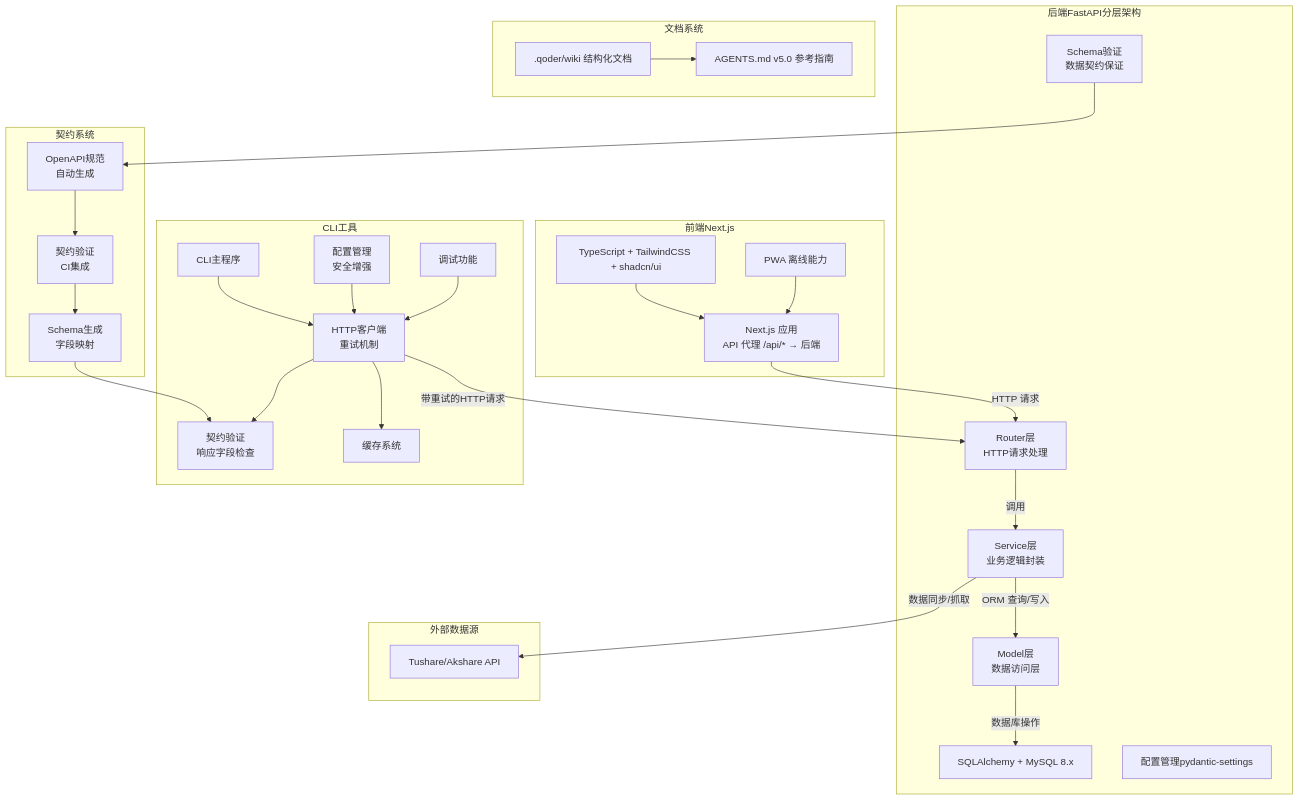
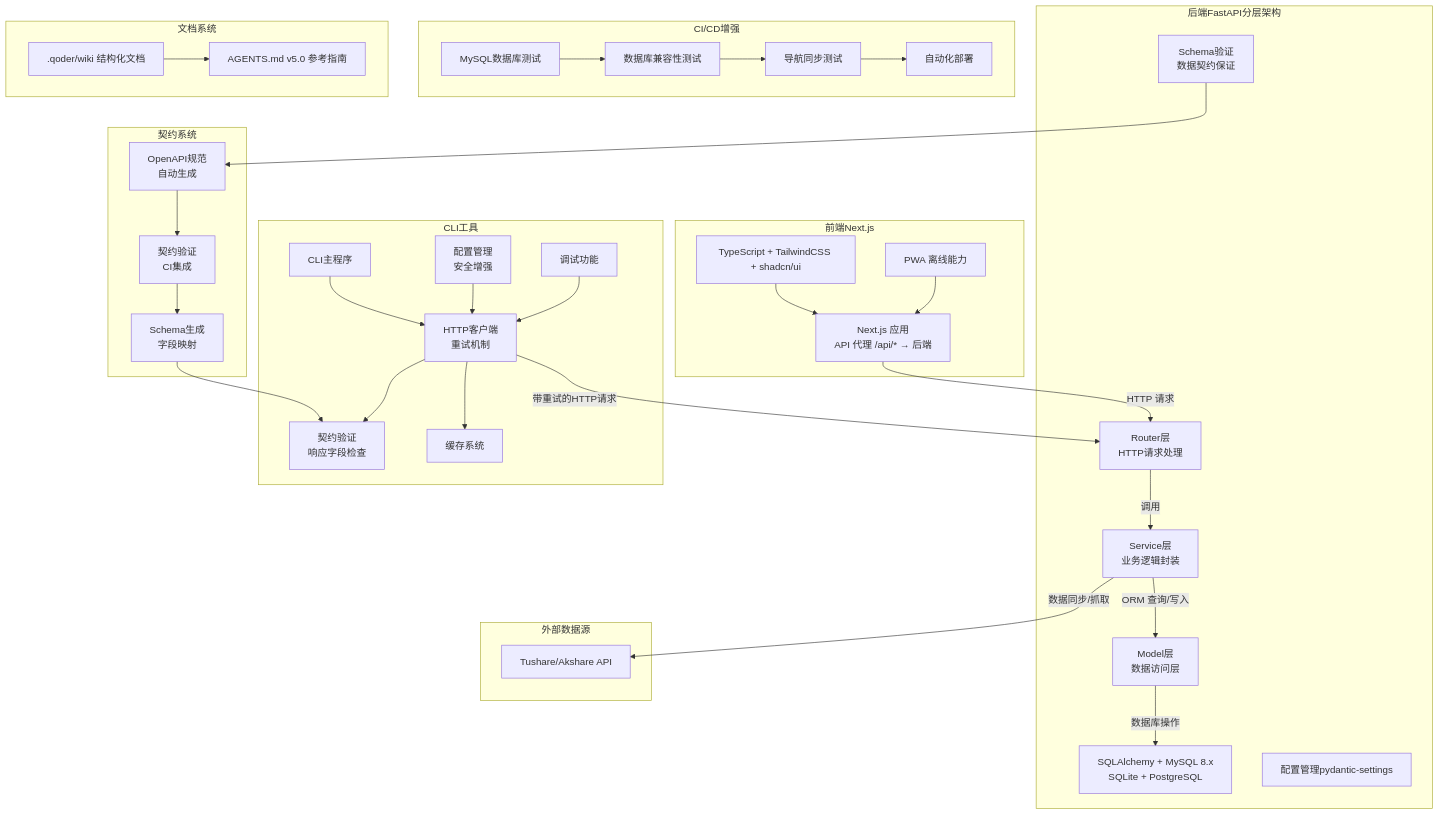
Before and after one commit to gujialind/InvestRing: the first of 11 diagrams in .qoder/repowiki/zh/content/开发指南/开发指南.md, drawn with Mermaid. The commit also changed other lines of this file and 59 other files, not shown here.

````diff
--- a/.qoder/repowiki/zh/content/开发指南/开发指南.md
+++ b/.qoder/repowiki/zh/content/开发指南/开发指南.md
@@ -59,54 +59,63 @@
 ```mermaid
 graph TB
 subgraph "前端Next.js"
 FE_Next["Next.js 应用<br/>API 代理 /api/* → 后端"]
 FE_TS["TypeScript + TailwindCSS + shadcn/ui"]
 FE_PWA["PWA 离线能力"]
 end
 subgraph "后端FastAPI分层架构"
 BE_ROUTER["Router层<br/>HTTP请求处理"]
 BE_SERVICE["Service层<br/>业务逻辑封装"]
 BE_MODEL["Model层<br/>数据访问层"]
-BE_DB["SQLAlchemy + MySQL 8.x"]
+BE_DB["SQLAlchemy + MySQL 8.x<br/>SQLite + PostgreSQL"]
 BE_CFG["配置管理pydantic-settings"]
 BE_SCHEMA["Schema验证<br/>数据契约保证"]
 end
 subgraph "CLI工具"
 CLI_MAIN["CLI主程序"]
 CLI_CLIENT["HTTP客户端<br/>重试机制"]
 CLI_CONFIG["配置管理<br/>安全增强"]
 CLI_CACHE["缓存系统"]
 CLI_DEBUG["调试功能"]
 CLI_SCHEMA["契约验证<br/>响应字段检查"]
 end
 subgraph "契约系统"
 OPENAPI["OpenAPI规范<br/>自动生成"]
 CONTRACT_CHECK["契约验证<br/>CI集成"]
 SCHEMA_GEN["Schema生成<br/>字段映射"]
+end
+subgraph "CI/CD增强"
+MYSQL_TEST["MySQL数据库测试"]
+DB_COMPAT["数据库兼容性测试"]
+NAV_SYNC_TEST["导航同步测试"]
+AUTO_DEPLOY["自动化部署"]
 end
 subgraph "外部数据源"
 DS_Tushare["Tushare/Akshare API"]
 end
 subgraph "文档系统"
 DOC_WIKI[".qoder/wiki 结构化文档"]
 DOC_AGENTS["AGENTS.md v5.0 参考指南"]
 end
 FE_Next --> |"HTTP 请求"| BE_ROUTER
 CLI_MAIN --> CLI_CLIENT
 CLI_CLIENT --> |"带重试的HTTP请求"| BE_ROUTER
 CLI_CLIENT --> CLI_CACHE
 CLI_CLIENT --> CLI_SCHEMA
 CLI_CONFIG --> CLI_CLIENT
 CLI_DEBUG --> CLI_CLIENT
 BE_ROUTER --> |"调用"| BE_SERVICE
 BE_SERVICE --> |"ORM 查询/写入"| BE_MODEL
 BE_MODEL --> |"数据库操作"| BE_DB
 BE_SERVICE --> |"数据同步/抓取"| DS_Tushare
 BE_SCHEMA --> OPENAPI
 OPENAPI --> CONTRACT_CHECK
 CONTRACT_CHECK --> SCHEMA_GEN
 SCHEMA_GEN --> CLI_SCHEMA
 FE_TS --> FE_Next
 FE_PWA --> FE_Next
+MYSQL_TEST --> DB_COMPAT
+DB_COMPAT --> NAV_SYNC_TEST
+NAV_SYNC_TEST --> AUTO_DEPLOY
 DOC_WIKI --> DOC_AGENTS
 ```
````
